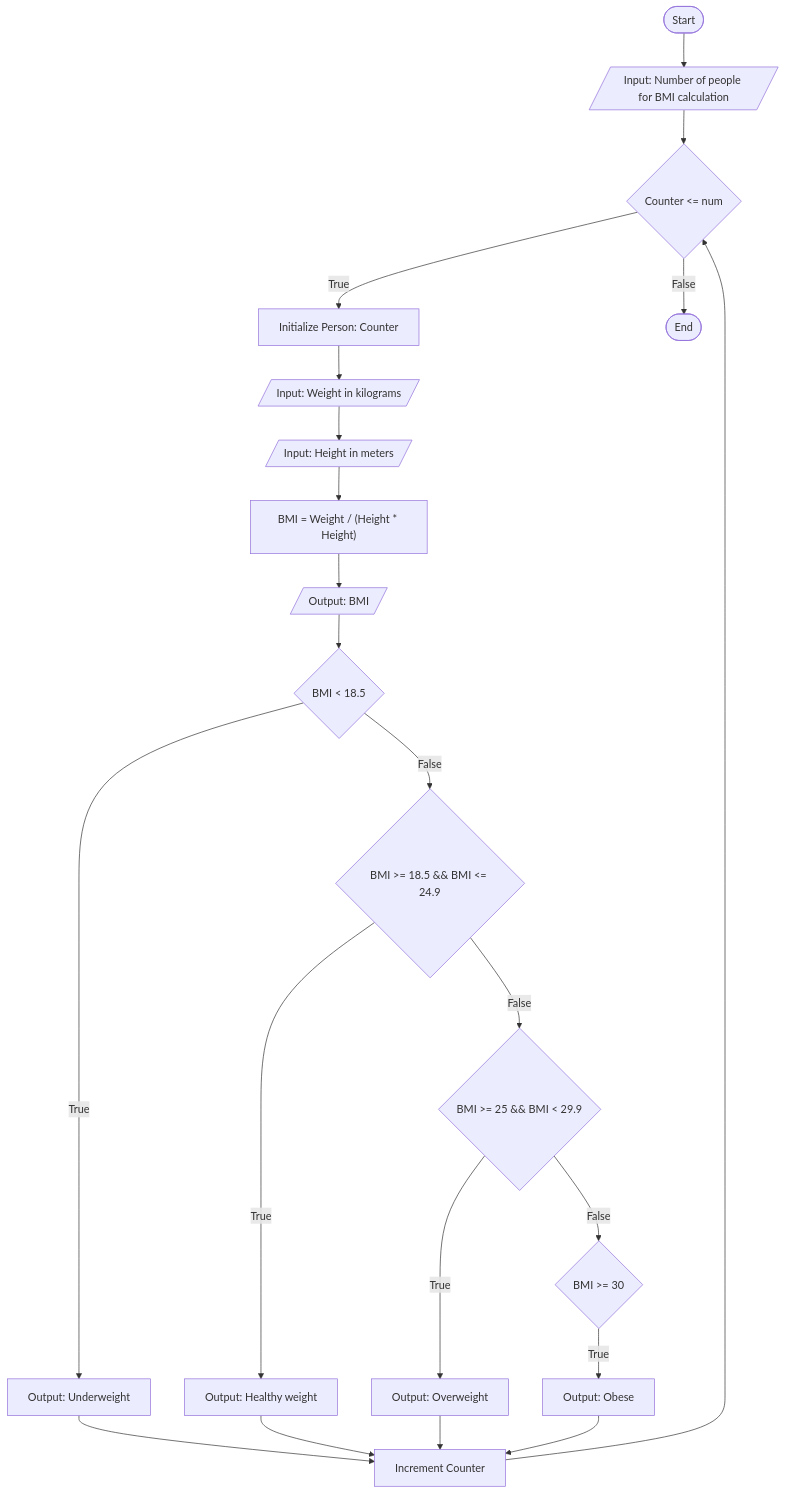
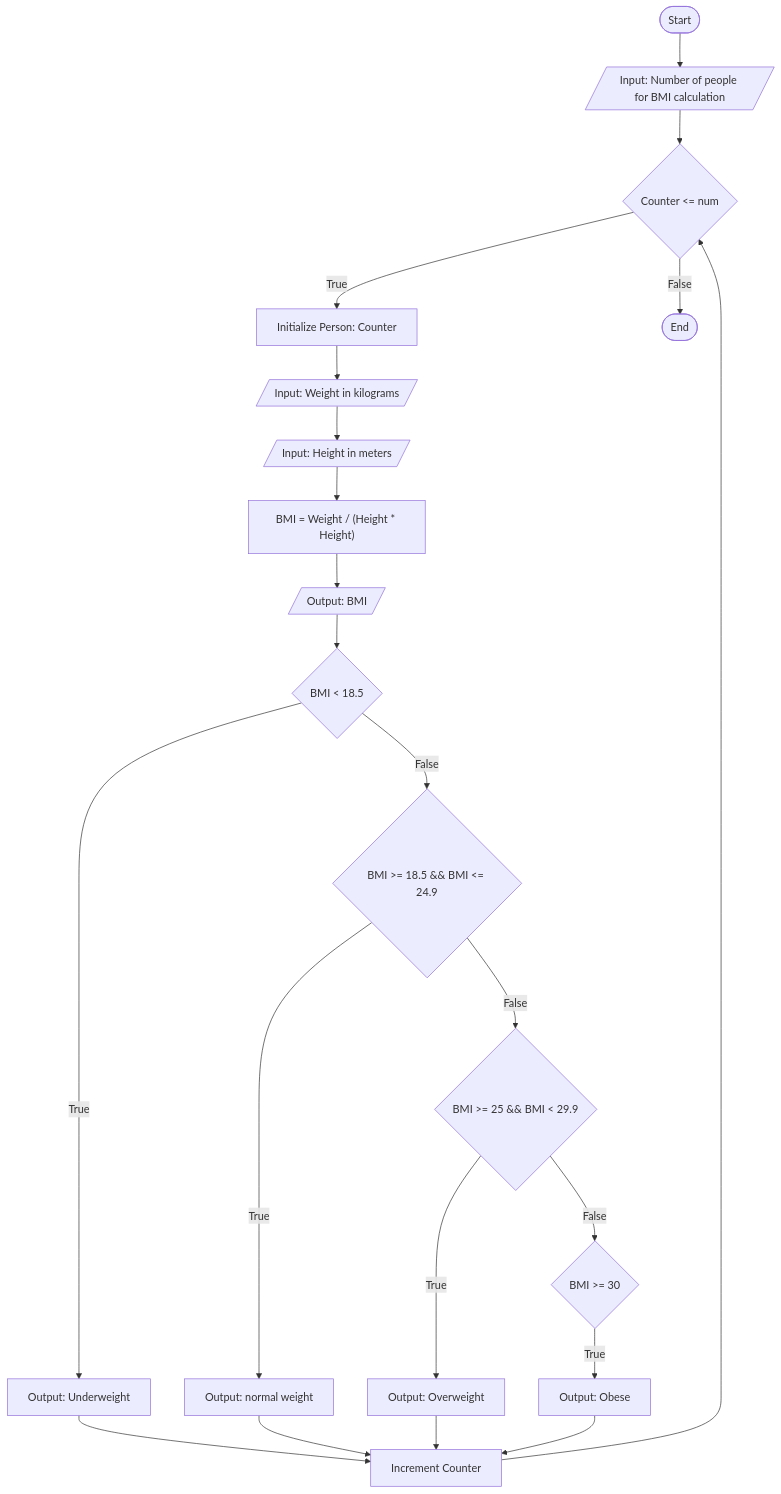
One commit to yeabuti17/Tech-Titans_Sec-D changed the diagram in ETS1574-Yeabsira-Yohannes/BMI_calculator.md. Above: the diagram before and after it, drawn with Mermaid.

Commit message:
BMI_calculator.md

````diff
--- a/ETS1574-Yeabsira-Yohannes/BMI_calculator.md
+++ b/ETS1574-Yeabsira-Yohannes/BMI_calculator.md
@@ -38,26 +38,26 @@
 ```mermaid
 flowchart TD
     id1([Start]) --> id2[/Input: Number of people for BMI calculation/]
     id2 --> id3{Counter <= num}
     id3 --True--> id4["Initialize Person: Counter"]
     id4 --> id5[/Input: Weight in kilograms/]
     id5 --> id6[/Input: Height in meters/]
     id6 --> id7["BMI = Weight / (Height * Height)"]
     id7 --> id8[/Output: BMI/]
     id8 --> id9{BMI < 18.5}
     id9 --True--> id10["Output: Underweight"]
     id9 --False--> id11{BMI >= 18.5 && BMI <= 24.9}
-    id11 --True--> id12["Output: Healthy weight"]
+    id11 --True--> id12["Output: normal weight"]
     id11 --False--> id13{BMI >= 25 && BMI < 29.9}
     id13 --True--> id14["Output: Overweight"]
     id13 --False--> id15{BMI >= 30}
     id15 --True--> id16["Output: Obese"]
     id10 --> id17["Increment Counter"]
     id12 --> id17
     id14 --> id17
     id16 --> id17
     id17 --> id3
     id3 --False--> id18([End])
 
 
 ```
````
